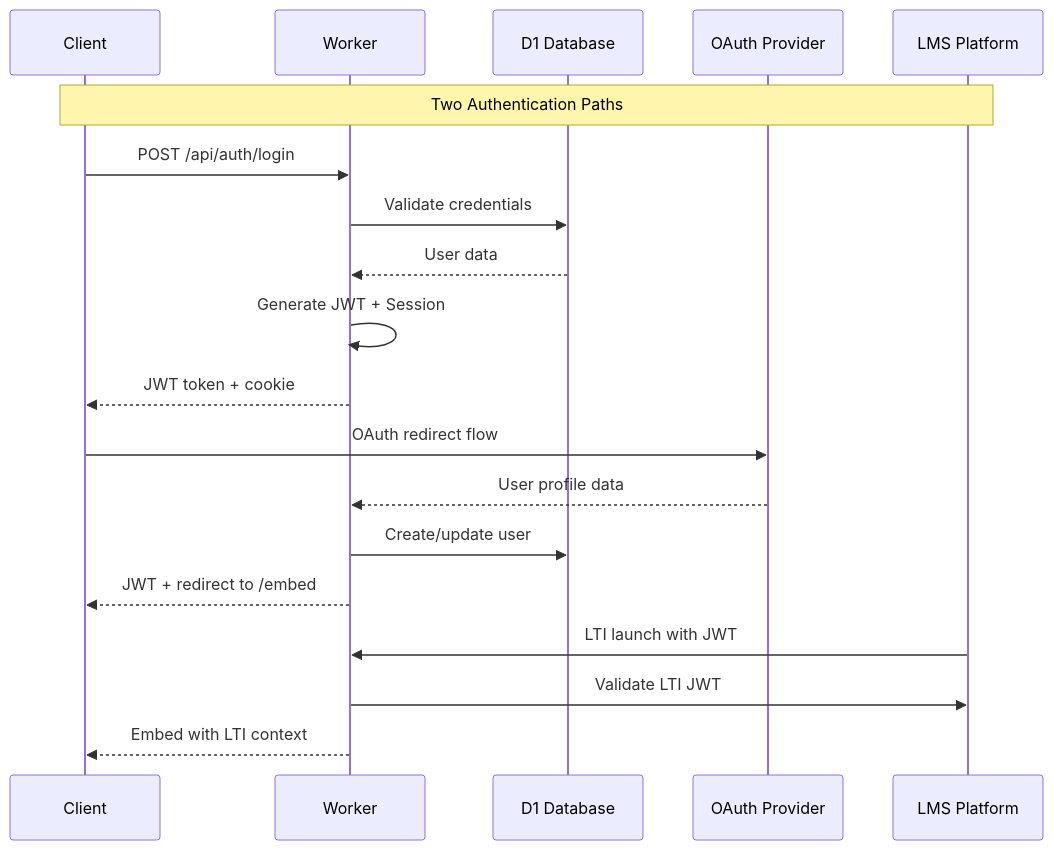
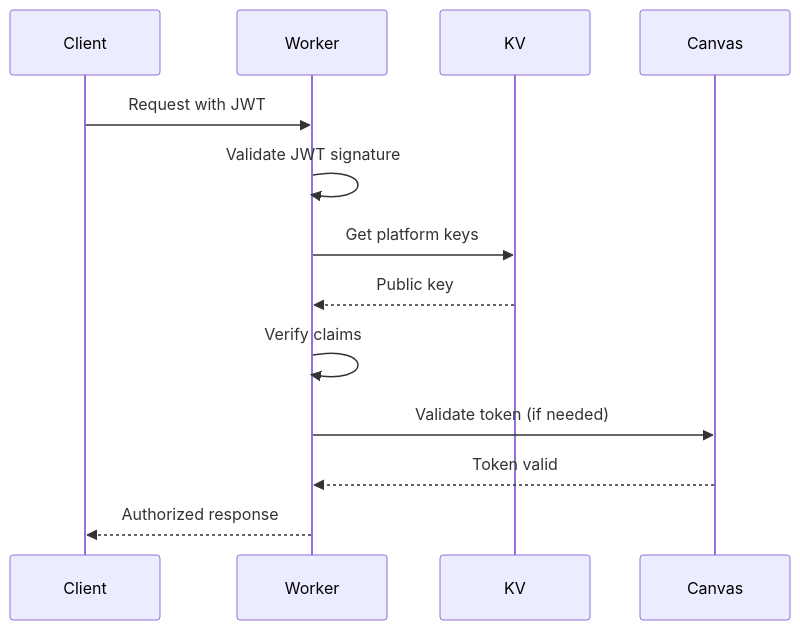
One commit to atomicjolt-com/atomic-guide changed the diagram in docs/architecture/12-backend-architecture.md. Above: the diagram before and after it, drawn with Mermaid. The commit also changed other lines of this file and 56 other files, not shown here.

````diff
--- a/docs/architecture/12-backend-architecture.md
+++ b/docs/architecture/12-backend-architecture.md
@@ -796,28 +508,16 @@
 ```mermaid
 sequenceDiagram
     participant Client
-    participant Worker  
-    participant D1 as D1 Database
-    participant OAuth as OAuth Provider
-    participant LMS as LMS Platform
+    participant Worker
+    participant KV
+    participant Canvas
 
-    Note over Client,LMS: Two Authentication Paths
-
-    %% Standalone Authentication
-    Client->>Worker: POST /api/auth/login
-    Worker->>D1: Validate credentials
-    D1-->>Worker: User data
-    Worker->>Worker: Generate JWT + Session
-    Worker-->>Client: JWT token + cookie
-
-    %% OAuth Authentication
-    Client->>OAuth: OAuth redirect flow
-    OAuth-->>Worker: User profile data
-    Worker->>D1: Create/update user
-    Worker-->>Client: JWT + redirect to /embed
-
-    %% LTI Authentication
-    LMS->>Worker: LTI launch with JWT
-    Worker->>LMS: Validate LTI JWT
-    Worker-->>Client: Embed with LTI context
+    Client->>Worker: Request with JWT
+    Worker->>Worker: Validate JWT signature
+    Worker->>KV: Get platform keys
+    KV-->>Worker: Public key
+    Worker->>Worker: Verify claims
+    Worker->>Canvas: Validate token (if needed)
+    Canvas-->>Worker: Token valid
+    Worker-->>Client: Authorized response
 ```
````
